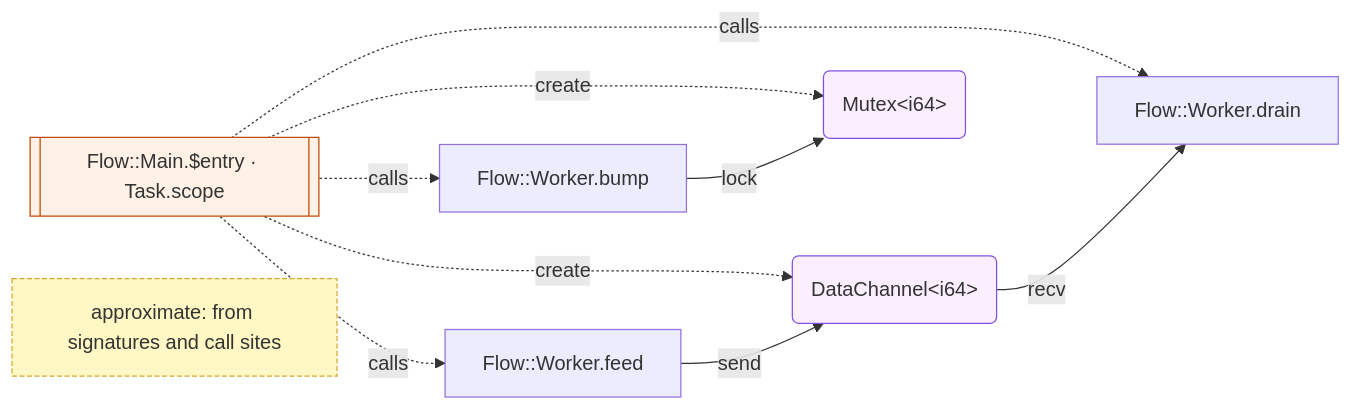
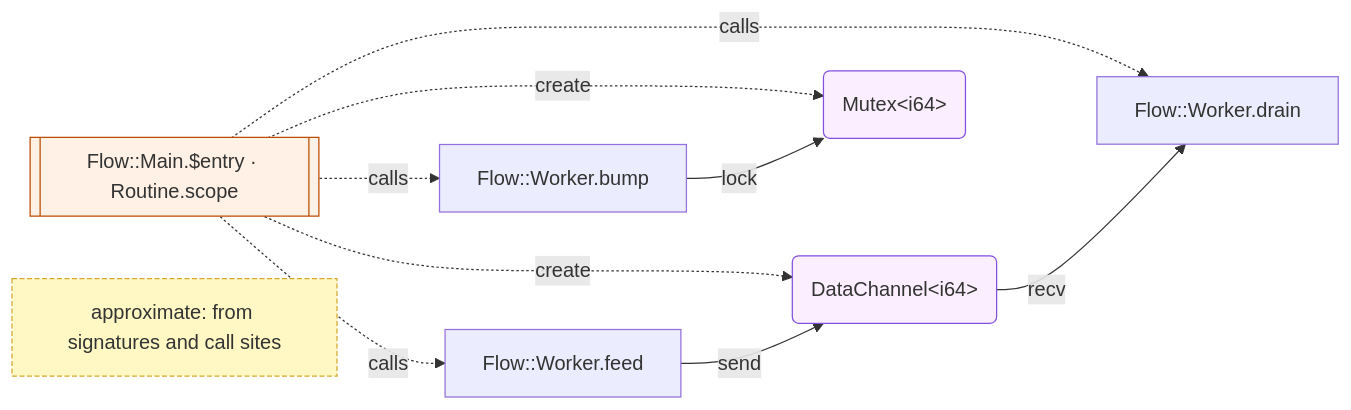
Before and after one commit to tatsuya-midorikawa/Tsuzuri: the fourth of 5 diagrams in _tsuzuri/language-reference/compiler/diagrams.md, drawn with Mermaid. The commit also changed other lines of this file and 261 other files, not shown here.

````diff
--- a/_tsuzuri/language-reference/compiler/diagrams.md
+++ b/_tsuzuri/language-reference/compiler/diagrams.md
@@ -156,24 +156,24 @@
 ```mermaid
 flowchart LR
-    n1[["Flow::Main.$entry · Task.scope"]]
+    n1[["Flow::Main.$entry · Routine.scope"]]
     n2["Flow::Worker.bump"]
     n3["Flow::Worker.drain"]
     n4["Flow::Worker.feed"]
     n5("DataChannel#lt;i64#gt;")
     n6("Mutex#lt;i64#gt;")
     n7["approximate: from signatures and call sites"]
     n1 -.->|"calls"| n2
     n1 -.->|"calls"| n3
     n1 -.->|"calls"| n4
     n1 -.->|"create"| n5
     n1 -.->|"create"| n6
     n2 -->|"lock"| n6
     n4 -->|"send"| n5
     n5 -->|"recv"| n3
     classDef region fill:#fff1e5,stroke:#bc4c00
     classDef cell fill:#fbefff,stroke:#8250df
     classDef note fill:#fff8c5,stroke:#d4a72c,stroke-dasharray:4 2
     class n1 region
     class n5,n6 cell
     class n7 note
 ```
````
